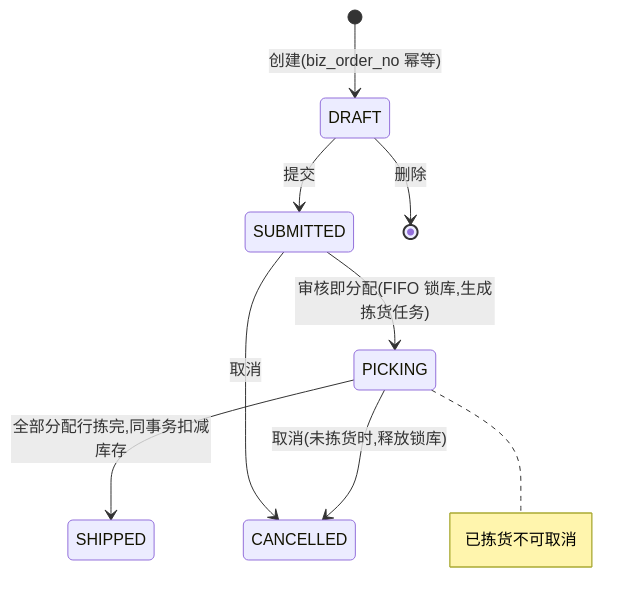
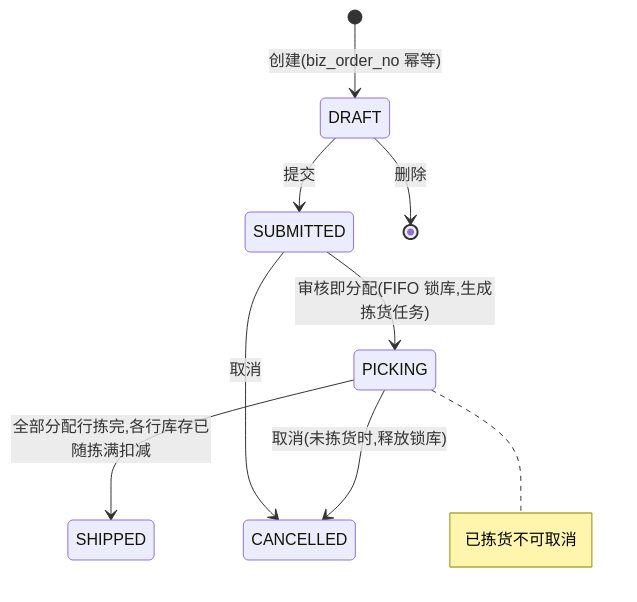
One commit to mengw-dev/go-wms changed the second of 4 diagrams in docs/requirements.md. Above: the diagram before and after it, drawn with Mermaid. The commit also changed other lines of this file and 6 other files, not shown here.

Commit message:
docs: review maintainability and align iteration roadmap

````diff
--- a/docs/requirements.md
+++ b/docs/requirements.md
@@ -153,11 +153,11 @@
 ```mermaid
 stateDiagram-v2
     [*] --> DRAFT: 创建(biz_order_no 幂等)
     DRAFT --> SUBMITTED: 提交
     SUBMITTED --> PICKING: 审核即分配(FIFO 锁库,生成拣货任务)
-    PICKING --> SHIPPED: 全部分配行拣完,同事务扣减库存
+    PICKING --> SHIPPED: 全部分配行拣完,各行库存已随拣满扣减
     DRAFT --> [*]: 删除
     SUBMITTED --> CANCELLED: 取消
     PICKING --> CANCELLED: 取消(未拣货时,释放锁库)
     note right of PICKING: 已拣货不可取消
 ```
````
